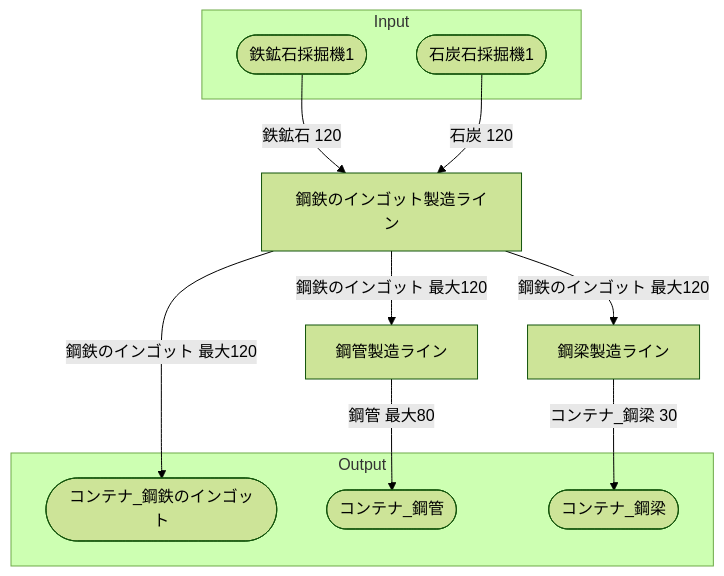
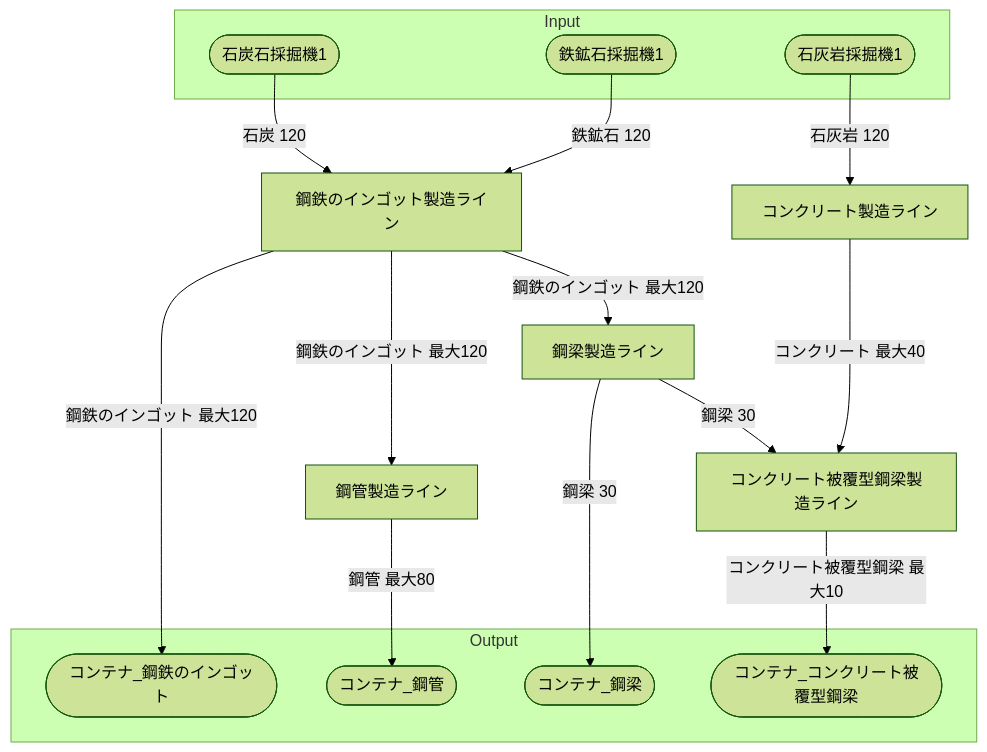
The diagram in 40_FactoryBuilding/鋼鉄工場/30‗全体製造ライン設計書/全体製造ライン設計書.md (Suzuran-Amano/SatisfactoryTaskEfficiency), drawn with Mermaid (forest theme) before and after one commit. The commit also changed other lines of this file and 7 other files, not shown here.

````diff
--- a/40_FactoryBuilding/鋼鉄工場/30‗全体製造ライン設計書/全体製造ライン設計書.md
+++ b/40_FactoryBuilding/鋼鉄工場/30‗全体製造ライン設計書/全体製造ライン設計書.md
@@ -34,29 +52,39 @@
 ```mermaid
 flowchart TD
 
 subgraph Input
     鉄鉱石採掘機1([鉄鉱石採掘機1])
     石炭石採掘機1([石炭石採掘機1])
+    石灰岩採掘機1([石灰岩採掘機1])
 end
 
 鋼鉄のインゴット製造ライン[鋼鉄のインゴット製造ライン]
 鋼管製造ライン[鋼管製造ライン]
 鋼梁製造ライン[鋼梁製造ライン]
+コンクリート製造ライン[コンクリート製造ライン]
+コンクリート被覆型鋼梁製造ライン[コンクリート被覆型鋼梁製造ライン]
 
 subgraph Output
     コンテナ_鋼鉄のインゴット([コンテナ_鋼鉄のインゴット])
     コンテナ_鋼管([コンテナ_鋼管])
     コンテナ_鋼梁([コンテナ_鋼梁])
+    コンテナ_コンクリート被覆型鋼梁([コンテナ_コンクリート被覆型鋼梁])
 end
 
 
 鉄鉱石採掘機1-->|鉄鉱石 120|鋼鉄のインゴット製造ライン
 石炭石採掘機1-->|石炭 120|鋼鉄のインゴット製造ライン
+石灰岩採掘機1-->|石灰岩 120|コンクリート製造ライン
+
 鋼鉄のインゴット製造ライン-->|鋼鉄のインゴット 最大120|鋼管製造ライン
 鋼鉄のインゴット製造ライン-->|鋼鉄のインゴット 最大120|鋼梁製造ライン
+コンクリート製造ライン-->|コンクリート 最大40|コンクリート被覆型鋼梁製造ライン
+鋼梁製造ライン-->|鋼梁 30|コンクリート被覆型鋼梁製造ライン
+
 鋼鉄のインゴット製造ライン-->|鋼鉄のインゴット 最大120|コンテナ_鋼鉄のインゴット
 鋼管製造ライン-->|鋼管 最大80|コンテナ_鋼管
-鋼梁製造ライン-->|コンテナ_鋼梁 30|コンテナ_鋼梁
+鋼梁製造ライン-->|鋼梁 30|コンテナ_鋼梁
+コンクリート被覆型鋼梁製造ライン-->|コンクリート被覆型鋼梁 最大10|コンテナ_コンクリート被覆型鋼梁
 
 
 ```
````
